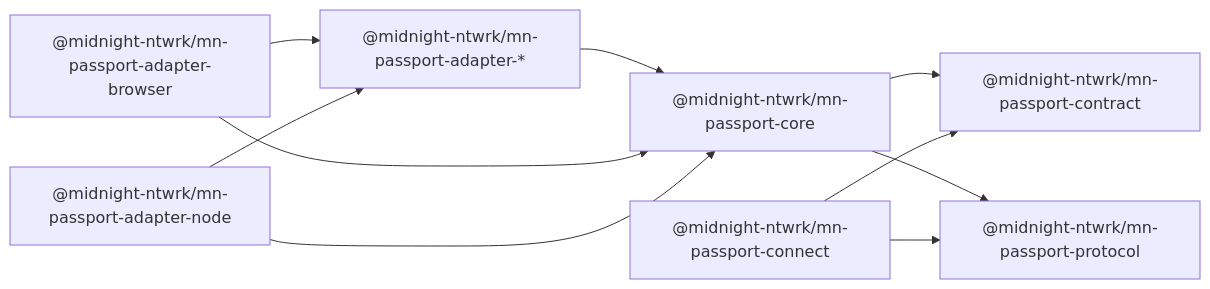
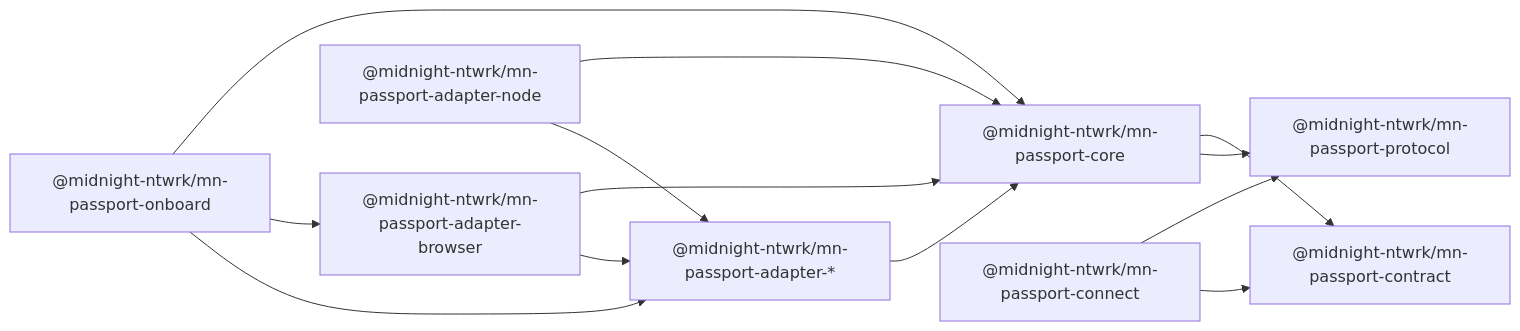
The third of 6 diagrams in docs/architecture.md (midnightntwrk/midnight-passport-sdk), drawn with Mermaid before and after one commit. The commit also changed other lines of this file and 8 other files, not shown here.

````diff
--- a/docs/architecture.md
+++ b/docs/architecture.md
@@ -285,20 +309,24 @@
 ```mermaid
 flowchart LR
   PROTO["@midnight-ntwrk/mn-passport-protocol"]
   CONTRACT["@midnight-ntwrk/mn-passport-contract"]
   CORE["@midnight-ntwrk/mn-passport-core"]
   CAPS["@midnight-ntwrk/mn-passport-adapter-*"]
   BROW["@midnight-ntwrk/mn-passport-adapter-browser"]
   NODE["@midnight-ntwrk/mn-passport-adapter-node"]
   CONNECT["@midnight-ntwrk/mn-passport-connect"]
+  ONBOARD["@midnight-ntwrk/mn-passport-onboard"]
 
   CORE --> CONTRACT
   CORE --> PROTO
   CAPS --> CORE
   BROW --> CORE
   BROW --> CAPS
   NODE --> CORE
   NODE --> CAPS
   CONNECT --> PROTO
   CONNECT --> CONTRACT
+  ONBOARD --> CORE
+  ONBOARD --> BROW
+  ONBOARD --> CAPS
 ```
````
